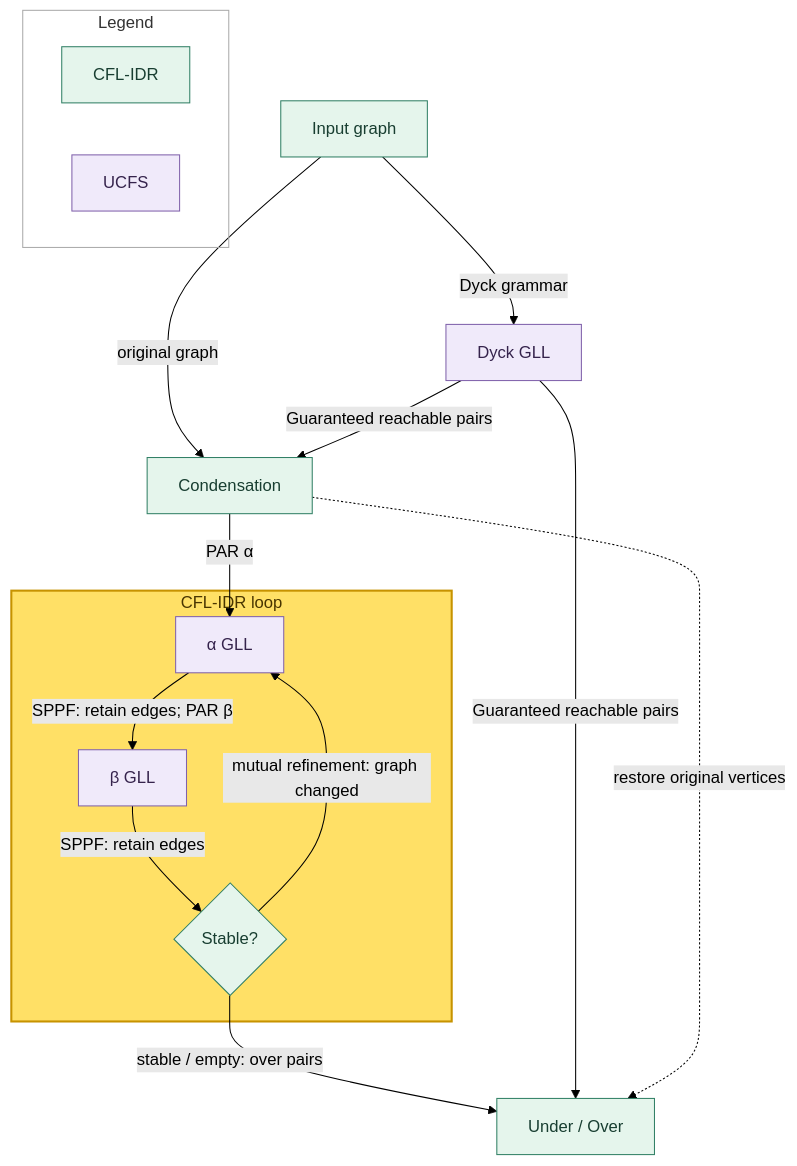
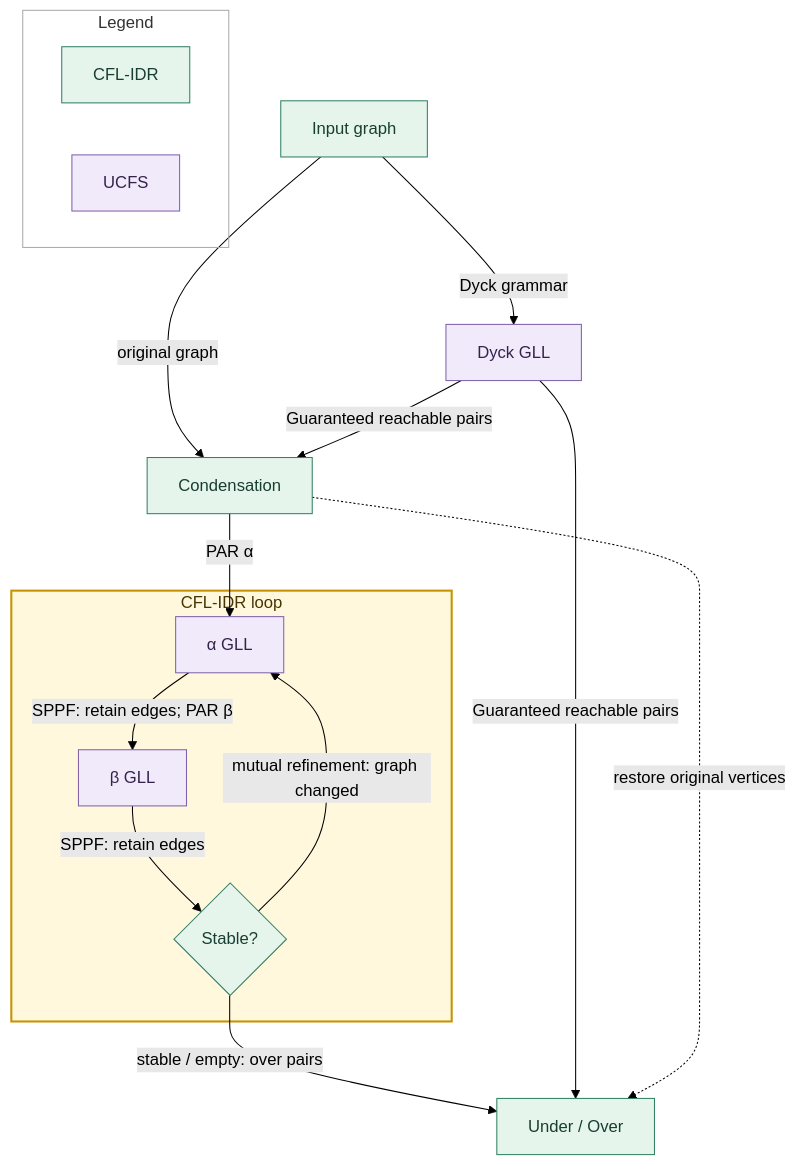
The first of 2 diagrams in qilin.ucfs/INTEGRATIONS.md (UsatovPavel/Qilin), drawn with Mermaid (forest theme) before and after one commit. The commit also changed other lines of this file, not shown here.

Commit message:
docs: add UCFS flowchart and address integration glossary review

````diff
--- a/qilin.ucfs/INTEGRATIONS.md
+++ b/qilin.ucfs/INTEGRATIONS.md
@@ -1,37 +1,37 @@
 ```mermaid
 flowchart TD
     %% Standard cfl-idr-with-gll PAR pipeline; no factored or INT backend.
     A["Input graph"]
     B["Dyck GLL"]
     C["Condensation"]
     subgraph refinement["CFL-IDR loop"]
         D["α GLL"]
         E["β GLL"]
         F{"Stable?"}
         D -->|"SPPF: retain edges; PAR β"| E
         E -->|"SPPF: retain edges"| F
         F -->|"mutual refinement: graph changed"| D
     end
     G["Under / Over"]
 
     A -->|"Dyck grammar"| B
     A -->|"original graph"| C
     B -->|"Guaranteed reachable pairs"| C
     C -->|"PAR α"| D
     F -->|"stable / empty: over pairs"| G
     B -->|"Guaranteed reachable pairs"| G
     C -.->|"restore original vertices"| G
 
     subgraph legend["Legend"]
         direction LR
         legendCflidr["CFL-IDR"]
         legendUcfs["UCFS"]
     end
 
     classDef library fill:#e5f5ec,stroke:#328066,color:#183e31;
     classDef solver fill:#f0eafa,stroke:#8062ab,color:#35234c;
     class A,C,F,G,legendCflidr library;
     class B,D,E,legendUcfs solver;
-    style refinement fill:#ffe066,fill-opacity:1,stroke:#c79300,stroke-width:2px,color:#493500;
+    style refinement fill:#fff8dc,fill-opacity:1,stroke:#c79300,stroke-width:2px,color:#493500;
     style legend fill:transparent,stroke:#aaaaaa;
 ```
````
